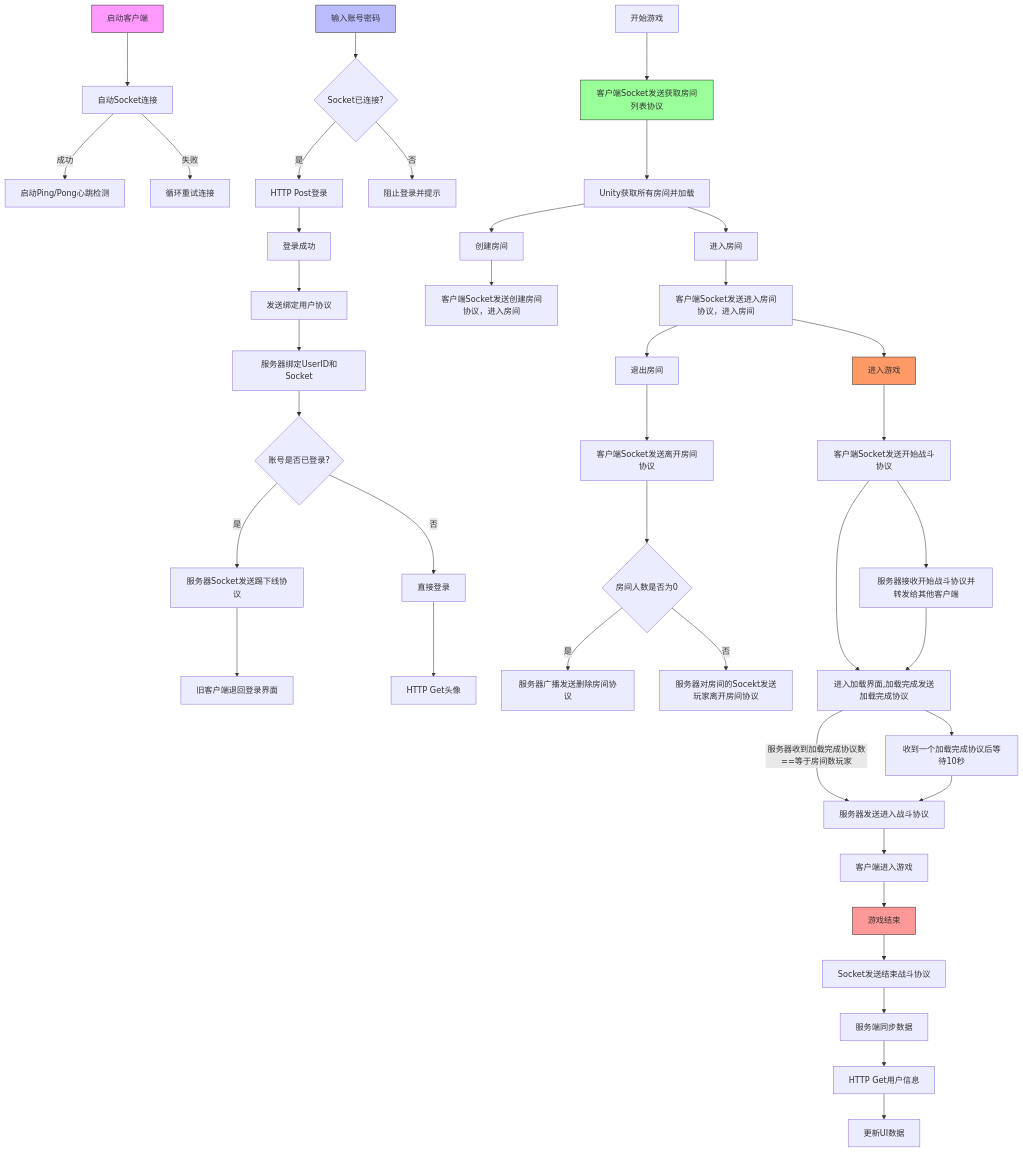
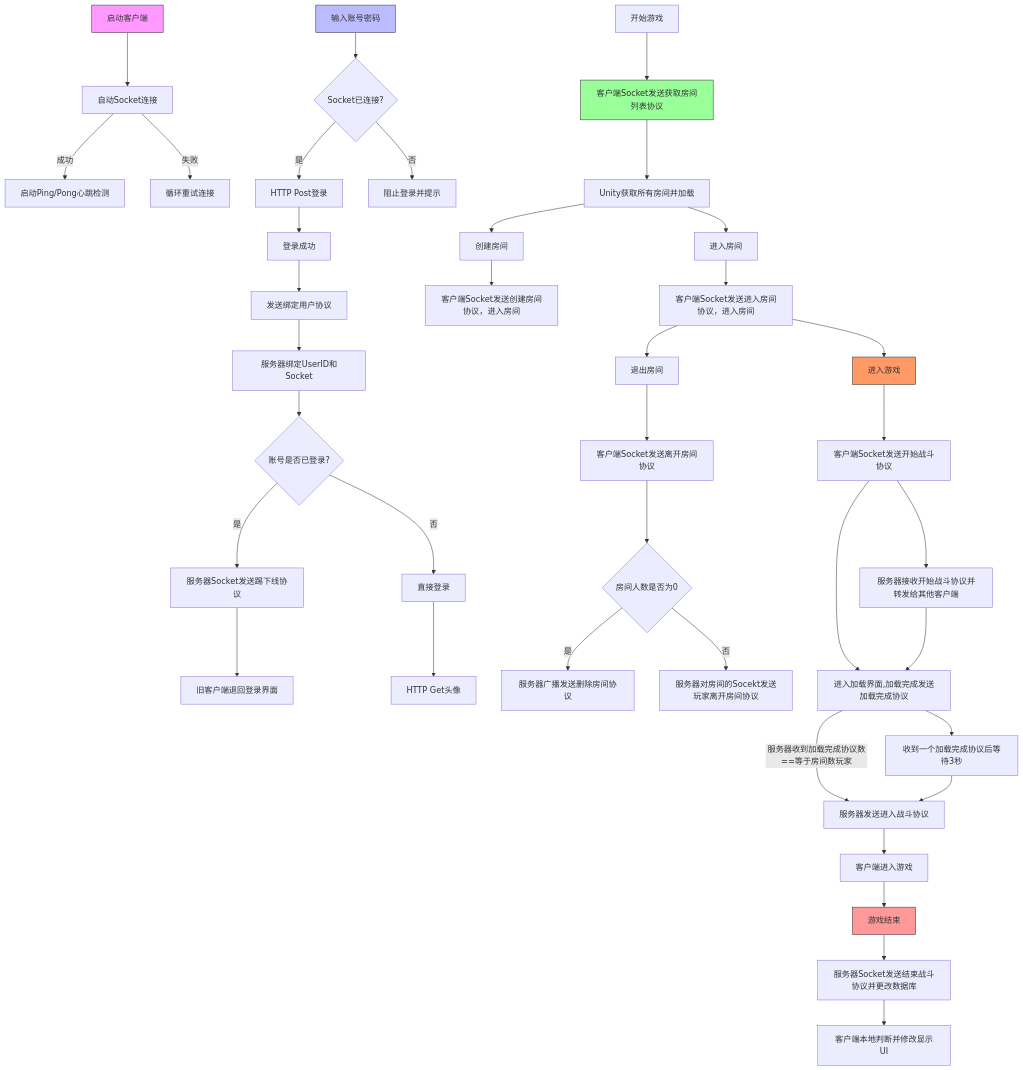
One commit to lsxk0830/NetworkGame changed the first of 8 diagrams in README.md. Above: the diagram before and after it, drawn with Mermaid. The commit also changed other lines of this file, not shown here.

````diff
--- a/README.md
+++ b/README.md
@@ -11,59 +11,57 @@
 ```mermaid
 graph TD
     A[启动客户端] --> B[自动Socket连接]
     B -->|成功| C[启动Ping/Pong心跳检测]
     B -->|失败| D[循环重试连接]
     
     E[输入账号密码] --> F{Socket已连接?}
     F -->|是| G[HTTP Post登录]
     F -->|否| H[阻止登录并提示]
     
     G --> I[登录成功]
     I --> J[发送绑定用户协议]
     J --> K[服务器绑定UserID和Socket]
     
     K --> L{账号是否已登录?}
     L -->|是| M[服务器Socket发送踢下线协议]
     L -->|否| N[直接登录]
     M --> O[旧客户端退回登录界面]
     
     N --> P[HTTP Get头像]
     
     Q[开始游戏]
     
     Q --> R[客户端Socket发送获取房间列表协议]
     R --> S[Unity获取所有房间并加载]
     
     S --> T[创建房间]
     T --> U[客户端Socket发送创建房间协议，进入房间]
     S --> V[进入房间]
     V --> W[客户端Socket发送进入房间协议，进入房间]
     W --> X[退出房间]
     
     X --> X1[客户端Socket发送离开房间协议]
     X1 --> X2{房间人数是否为0}
     X2 -->|是| X3[服务器广播发送删除房间协议]
     X2 -->|否| X4[服务器对房间的Socekt发送玩家离开房间协议]
     
     W --> Y[进入游戏]
     Y --> Z1[客户端Socket发送开始战斗协议]
     Z1 --> Z3[服务器接收开始战斗协议并转发给其他客户端]
     Z1 --> Z2[进入加载界面,加载完成发送加载完成协议]
     Z3 --> Z2[进入加载界面,加载完成发送加载完成协议]
     Z2 -->|服务器收到加载完成协议数==等于房间数玩家| Z4[服务器发送进入战斗协议]
-    Z2 -->Z5[收到一个加载完成协议后等待10秒]
+    Z2 -->Z5[收到一个加载完成协议后等待3秒]
     Z5 --> Z4[服务器发送进入战斗协议]
    	Z4 --> Z6[客户端进入游戏]
     
     Z6 --> AA[游戏结束]
-    AA --> AB[Socket发送结束战斗协议]
-    AB --> AC[服务端同步数据]
-    AC --> AD[HTTP Get用户信息]
-    AD --> AE[更新UI数据]
+    AA --> AB[服务器Socket发送结束战斗协议并更改数据库]
+    AB --> AC[客户端本地判断并修改显示UI]
     
     style A fill:#f9f,stroke:#333
     style E fill:#bbf,stroke:#333
     style R fill:#9f9,stroke:#333
     style Y fill:#f96,stroke:#333
     style AA fill:#f99,stroke:#333
 ```
````
